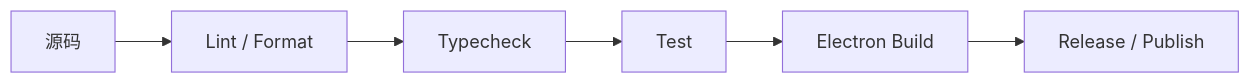
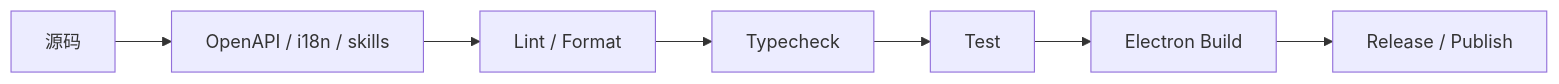
One commit to Little-LittleProgrammer/cherry-studio changed the diagram in docs/zh/architecture/09-构建测试与发布/README.md. Above: the diagram before and after it, drawn with Mermaid. The commit also changed other lines of this file and 16 other files, not shown here.

First line of the commit message:
Update .gitignore and enhance architecture documentation

````diff
--- a/docs/zh/architecture/09-构建测试与发布/README.md
+++ b/docs/zh/architecture/09-构建测试与发布/README.md
@@ -85,11 +101,12 @@
 ```mermaid
 flowchart LR
   Code[源码]
+  Gen[OpenAPI / i18n / skills]
   Lint[Lint / Format]
   Type[Typecheck]
   Test[Test]
   Build[Electron Build]
   Release[Release / Publish]
 
-  Code --> Lint --> Type --> Test --> Build --> Release
+  Code --> Gen --> Lint --> Type --> Test --> Build --> Release
 ```
````
